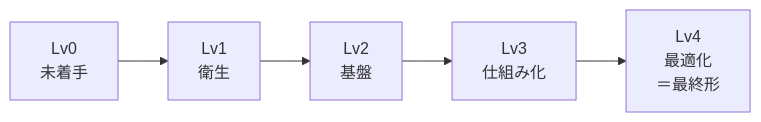
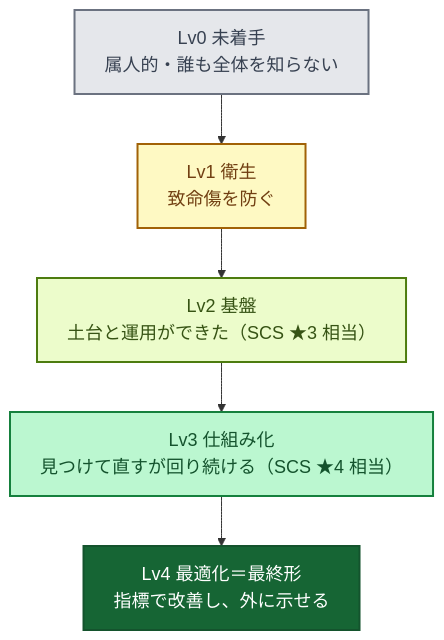
Before and after one commit to rkawajiri/zenn-content: the second of 2 diagrams in books/security-roadmap-ja/03-yardsticks.md, drawn with Mermaid. The commit also changed other lines of this file and 9 other files, not shown here.

First line of the commit message:
redraw diagrams vertically with larger text and a consistent color palette; split tool-map and final-state diagrams

````diff
--- a/books/security-roadmap-ja/03-yardsticks.md
+++ b/books/security-roadmap-ja/03-yardsticks.md
@@ -243,7 +254,15 @@
 ```mermaid
-flowchart LR
-  L0[Lv0<br>未着手] --> L1[Lv1<br>衛生]
-  L1 --> L2[Lv2<br>基盤]
-  L2 --> L3[Lv3<br>仕組み化]
-  L3 --> L4[Lv4<br>最適化<br>＝最終形]
+%%{init: {"themeVariables": {"fontSize": "18px"}, "flowchart": {"wrappingWidth": 400}}}%%
+flowchart TB
+  L0["Lv0 未着手<br>属人的・誰も全体を知らない"]:::lv0
+  L1["Lv1 衛生<br>致命傷を防ぐ"]:::lv1
+  L2["Lv2 基盤<br>土台と運用ができた（SCS ★3 相当）"]:::lv2
+  L3["Lv3 仕組み化<br>見つけて直すが回り続ける（SCS ★4 相当）"]:::lv3
+  L4["Lv4 最適化＝最終形<br>指標で改善し、外に示せる"]:::lv4
+  L0 --> L1 --> L2 --> L3 --> L4
+  classDef lv0 fill:#e5e7eb,stroke:#6b7280,color:#374151,stroke-width:2px
+  classDef lv1 fill:#fef9c3,stroke:#a16207,color:#713f12,stroke-width:2px
+  classDef lv2 fill:#ecfccb,stroke:#4d7c0f,color:#365314,stroke-width:2px
+  classDef lv3 fill:#bbf7d0,stroke:#15803d,color:#14532d,stroke-width:2px
+  classDef lv4 fill:#166534,stroke:#14532d,color:#ffffff,stroke-width:2px
 ```
````
